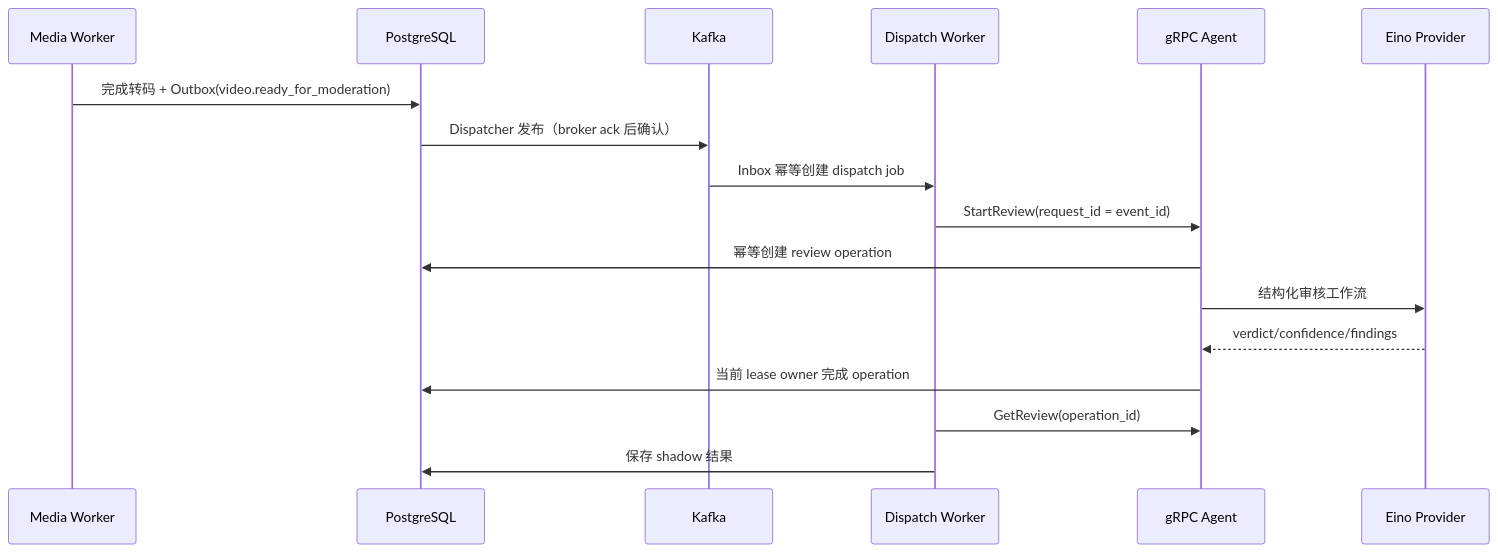
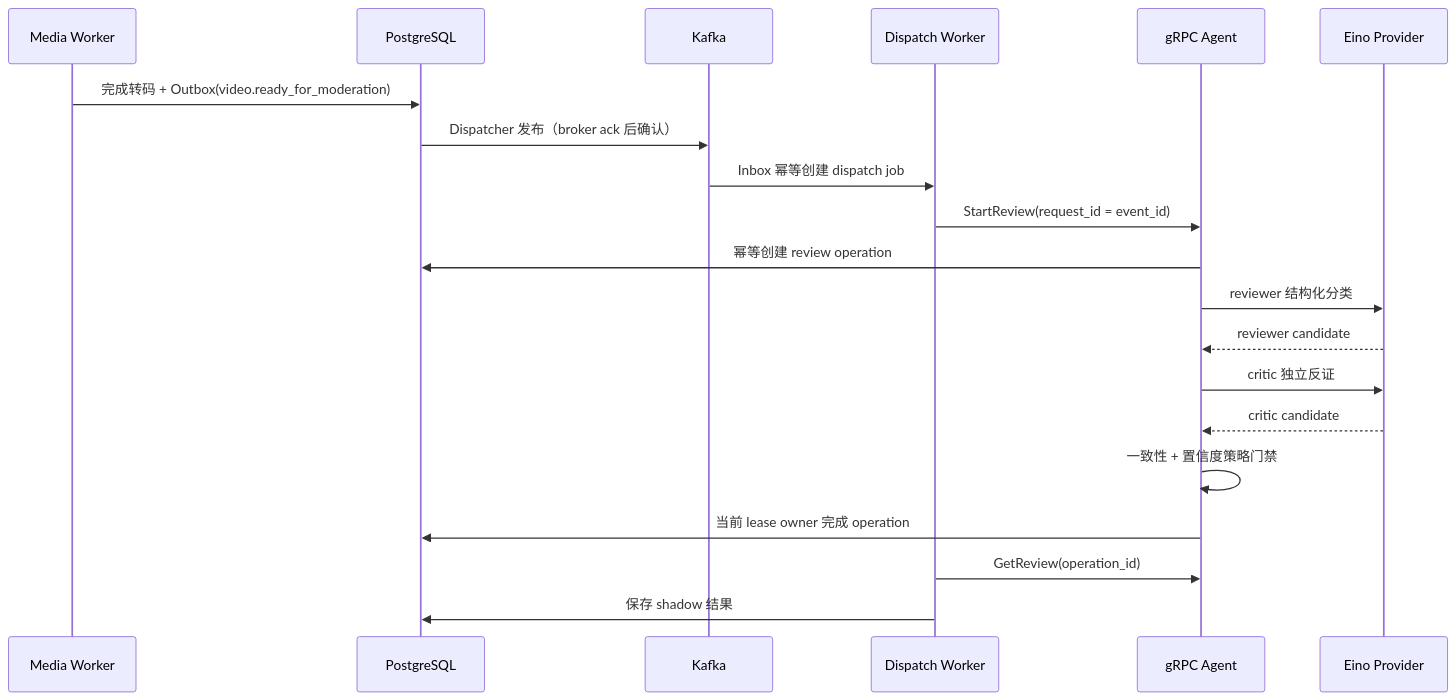
Before and after one commit to Sealessland/sea-music: the diagram in docs/moderation-agent.md, drawn with Mermaid. The commit also changed other lines of this file and 23 other files, not shown here.

Commit message:
feat: add reviewer-critic moderation agent

````diff
--- a/docs/moderation-agent.md
+++ b/docs/moderation-agent.md
@@ -7,20 +7,23 @@
 ```mermaid
 sequenceDiagram
     participant Media as Media Worker
     participant DB as PostgreSQL
     participant Kafka
     participant Dispatch as Dispatch Worker
     participant Agent as gRPC Agent
     participant Eino as Eino Provider
 
     Media->>DB: 完成转码 + Outbox(video.ready_for_moderation)
     DB->>Kafka: Dispatcher 发布（broker ack 后确认）
     Kafka->>Dispatch: Inbox 幂等创建 dispatch job
     Dispatch->>Agent: StartReview(request_id = event_id)
     Agent->>DB: 幂等创建 review operation
-    Agent->>Eino: 结构化审核工作流
-    Eino-->>Agent: verdict/confidence/findings
+    Agent->>Eino: reviewer 结构化分类
+    Eino-->>Agent: reviewer candidate
+    Agent->>Eino: critic 独立反证
+    Eino-->>Agent: critic candidate
+    Agent->>Agent: 一致性 + 置信度策略门禁
     Agent->>DB: 当前 lease owner 完成 operation
     Dispatch->>Agent: GetReview(operation_id)
     Dispatch->>DB: 保存 shadow 结果
 ```
````
